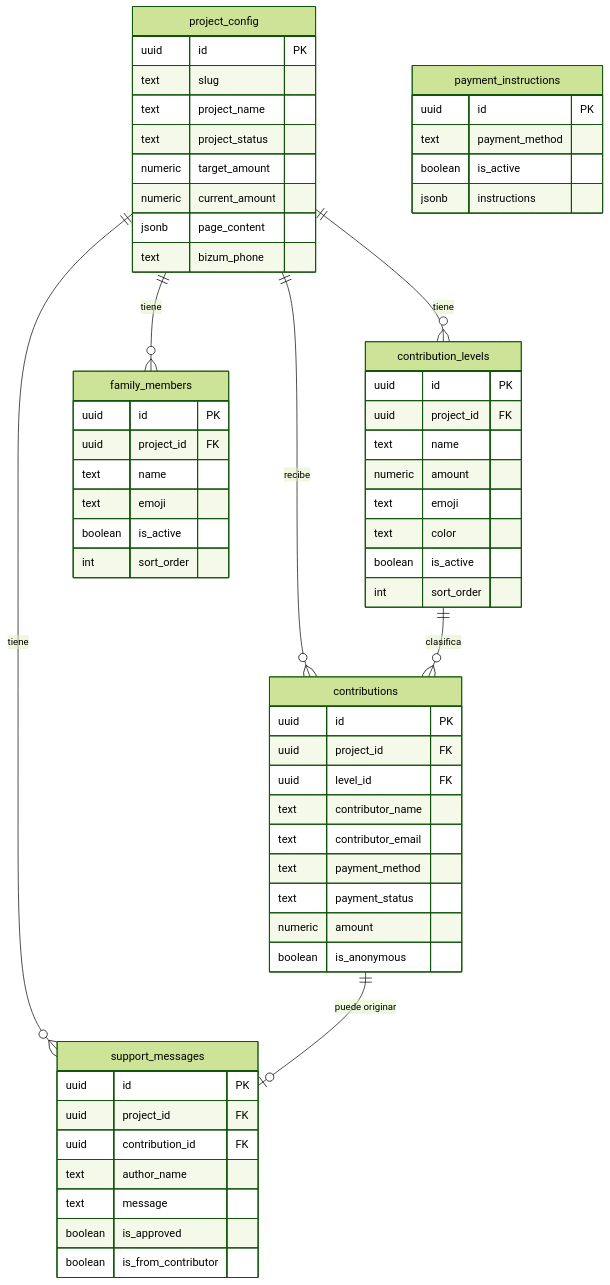
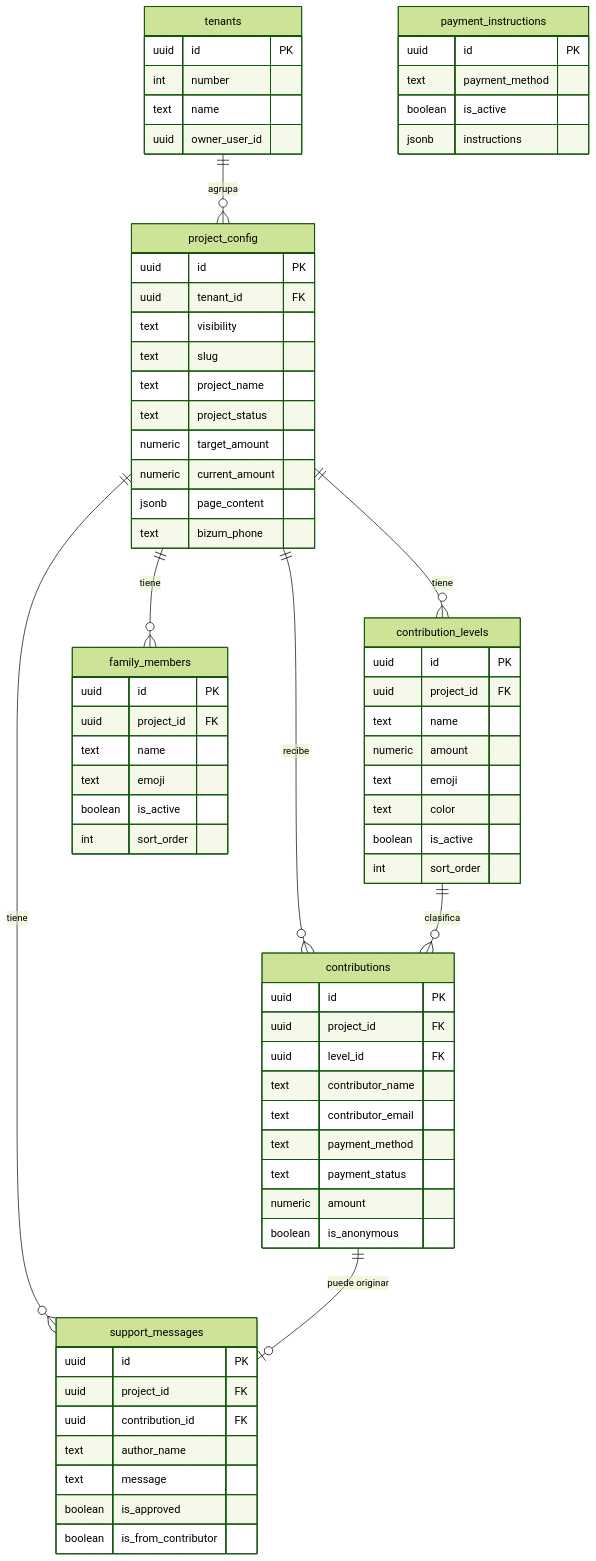
The diagram in docs/DATA-MODEL.md (GallardoNr1/gallardo-crowdfunding), drawn with Mermaid (forest theme) before and after one commit. The commit also changed other lines of this file and 3 other files, not shown here.

````diff
--- a/docs/DATA-MODEL.md
+++ b/docs/DATA-MODEL.md
@@ -193,69 +211,79 @@
 ```mermaid
 erDiagram
+    tenants {
+        uuid id PK
+        int number
+        text name
+        uuid owner_user_id
+    }
+
     project_config {
         uuid id PK
+        uuid tenant_id FK
+        text visibility
         text slug
         text project_name
         text project_status
         numeric target_amount
         numeric current_amount
         jsonb page_content
         text bizum_phone
     }
 
     contribution_levels {
         uuid id PK
         uuid project_id FK
         text name
         numeric amount
         text emoji
         text color
         boolean is_active
         int sort_order
     }
 
     contributions {
         uuid id PK
         uuid project_id FK
         uuid level_id FK
         text contributor_name
         text contributor_email
         text payment_method
         text payment_status
         numeric amount
         boolean is_anonymous
     }
 
     family_members {
         uuid id PK
         uuid project_id FK
         text name
         text emoji
         boolean is_active
         int sort_order
     }
 
     support_messages {
         uuid id PK
         uuid project_id FK
         uuid contribution_id FK
         text author_name
         text message
         boolean is_approved
         boolean is_from_contributor
     }
 
     payment_instructions {
         uuid id PK
         text payment_method
         boolean is_active
         jsonb instructions
     }
 
+    tenants ||--o{ project_config : "agrupa"
     project_config ||--o{ contribution_levels : "tiene"
     project_config ||--o{ contributions : "recibe"
     project_config ||--o{ family_members : "tiene"
     project_config ||--o{ support_messages : "tiene"
     contribution_levels ||--o{ contributions : "clasifica"
     contributions ||--o| support_messages : "puede originar"
 ```
````
